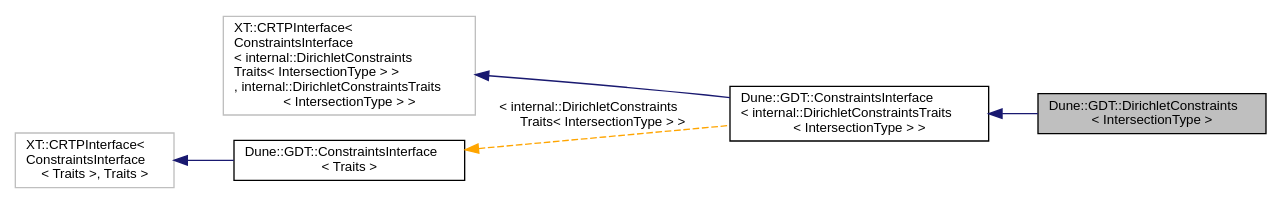
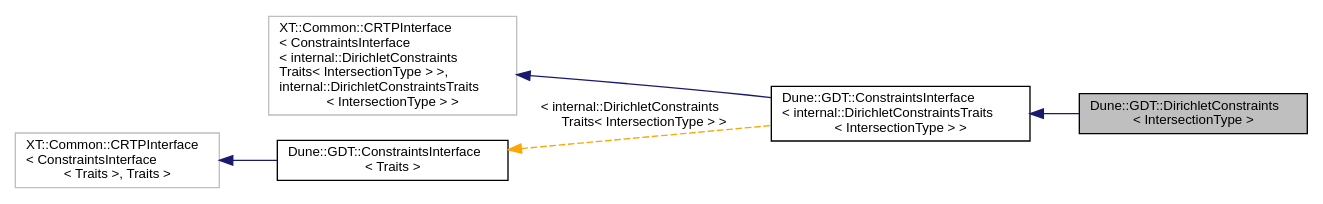
The diagram in docs/dune-gdt/master/a02500.dot (dune-community/dune-community.github.io), drawn with Graphviz before and after one commit. The commit also changed 1147 other files, not shown here.

```diff
--- a/docs/dune-gdt/master/a02500.dot
+++ b/docs/dune-gdt/master/a02500.dot
@@ -1,15 +1,15 @@
 digraph "Dune::GDT::DirichletConstraints&lt; IntersectionType &gt;"
 {
   edge [fontname="Helvetica",fontsize="10",labelfontname="Helvetica",labelfontsize="10"];
   node [fontname="Helvetica",fontsize="10",shape=record];
   rankdir="LR";
   Node0 [label="Dune::GDT::DirichletConstraints\l\< IntersectionType \>",height=0.2,width=0.4,color="black", fillcolor="grey75", style="filled", fontcolor="black"];
   Node1 -> Node0 [dir="back",color="midnightblue",fontsize="10",style="solid",fontname="Helvetica"];
   Node1 [label="Dune::GDT::ConstraintsInterface\l\< internal::DirichletConstraintsTraits\l\< IntersectionType \> \>",height=0.2,width=0.4,color="black", fillcolor="white", style="filled",URL="$a02497.html"];
   Node2 -> Node1 [dir="back",color="midnightblue",fontsize="10",style="solid",fontname="Helvetica"];
-  Node2 [label="XT::CRTPInterface\<\l ConstraintsInterface\l\< internal::DirichletConstraints\lTraits\< IntersectionType \> \>\l, internal::DirichletConstraintsTraits\l\< IntersectionType \> \>",height=0.2,width=0.4,color="grey75", fillcolor="white", style="filled"];
+  Node2 [label="XT::Common::CRTPInterface\l\< ConstraintsInterface\l\< internal::DirichletConstraints\lTraits\< IntersectionType \> \>,\l internal::DirichletConstraintsTraits\l\< IntersectionType \> \>",height=0.2,width=0.4,color="grey75", fillcolor="white", style="filled"];
   Node3 -> Node1 [dir="back",color="orange",fontsize="10",style="dashed",label=" \< internal::DirichletConstraints\lTraits\< IntersectionType \> \>" ,fontname="Helvetica"];
   Node3 [label="Dune::GDT::ConstraintsInterface\l\< Traits \>",height=0.2,width=0.4,color="black", fillcolor="white", style="filled",URL="$a02497.html",tooltip="CRTP interface for all implementations of constraints. "];
   Node4 -> Node3 [dir="back",color="midnightblue",fontsize="10",style="solid",fontname="Helvetica"];
-  Node4 [label="XT::CRTPInterface\<\l ConstraintsInterface\l\< Traits \>, Traits \>",height=0.2,width=0.4,color="grey75", fillcolor="white", style="filled"];
+  Node4 [label="XT::Common::CRTPInterface\l\< ConstraintsInterface\l\< Traits \>, Traits \>",height=0.2,width=0.4,color="grey75", fillcolor="white", style="filled"];
 }
```
